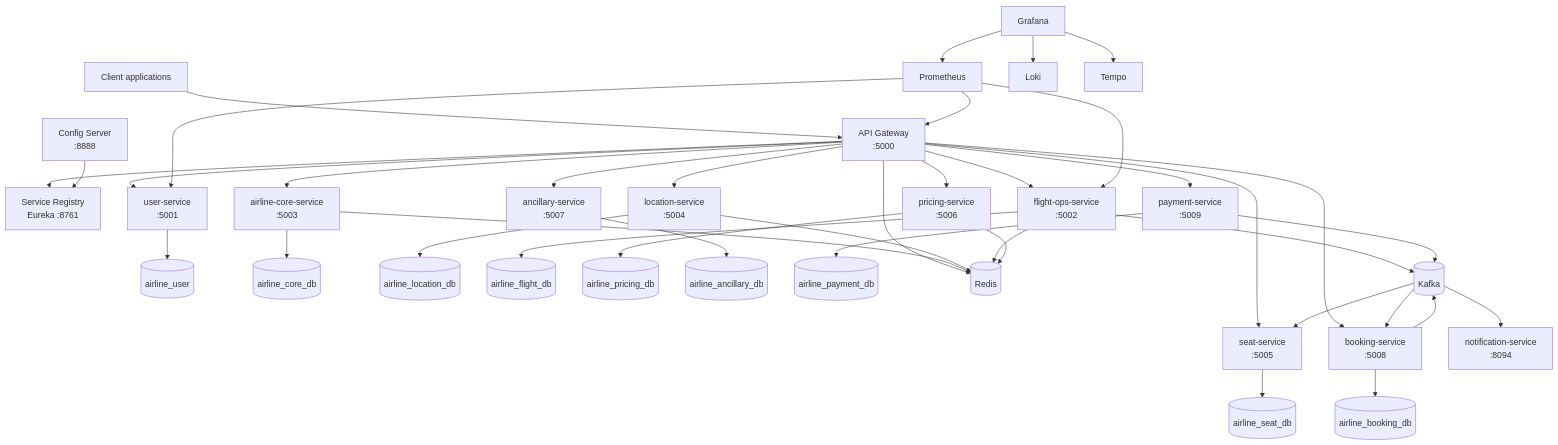
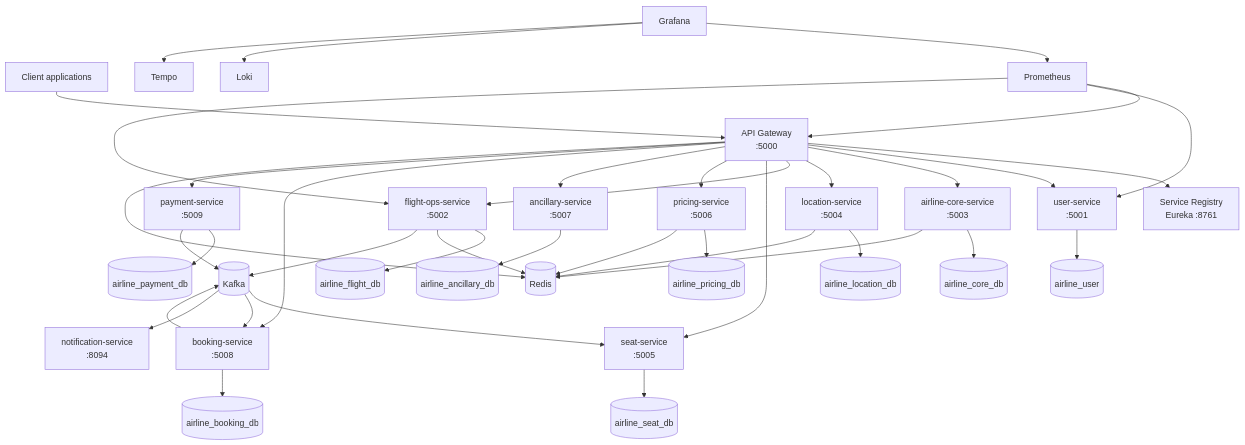
One commit to NikhilTiwari29/travelsphere changed the first of 8 diagrams in docs/architecture.md. Above: the diagram before and after it, drawn with Mermaid. The commit also changed other lines of this file and 5 other files, not shown here.

Commit message:
added aws architecture diagram

````diff
--- a/docs/architecture.md
+++ b/docs/architecture.md
@@ -7,46 +7,45 @@
 ```mermaid
 flowchart TB
   Client[Client applications] --> Gateway[API Gateway<br/>:5000]
   Gateway --> Eureka[Service Registry<br/>Eureka :8761]
-  Config[Config Server<br/>:8888] --> Eureka
 
   Gateway --> User[user-service<br/>:5001]
   Gateway --> Airline[airline-core-service<br/>:5003]
   Gateway --> Location[location-service<br/>:5004]
   Gateway --> Flight[flight-ops-service<br/>:5002]
   Gateway --> Seat[seat-service<br/>:5005]
   Gateway --> Pricing[pricing-service<br/>:5006]
   Gateway --> Ancillary[ancillary-service<br/>:5007]
   Gateway --> Booking[booking-service<br/>:5008]
   Gateway --> Payment[payment-service<br/>:5009]
 
   User --> UserDB[(airline_user)]
   Airline --> AirlineDB[(airline_core_db)]
   Location --> LocationDB[(airline_location_db)]
   Flight --> FlightDB[(airline_flight_db)]
   Seat --> SeatDB[(airline_seat_db)]
   Pricing --> PricingDB[(airline_pricing_db)]
   Ancillary --> AncillaryDB[(airline_ancillary_db)]
   Booking --> BookingDB[(airline_booking_db)]
   Payment --> PaymentDB[(airline_payment_db)]
 
   Gateway --> Redis[(Redis)]
   Airline --> Redis
   Location --> Redis
   Flight --> Redis
   Pricing --> Redis
 
   Flight --> Kafka[(Kafka)]
   Payment --> Kafka
   Booking --> Kafka
   Kafka --> Seat
   Kafka --> Booking
   Kafka --> Notification[notification-service<br/>:8094]
 
   Prometheus[Prometheus] --> Gateway
   Prometheus --> User
   Prometheus --> Flight
   Grafana[Grafana] --> Prometheus
   Grafana --> Loki[Loki]
   Grafana --> Tempo[Tempo]
 ```
````
